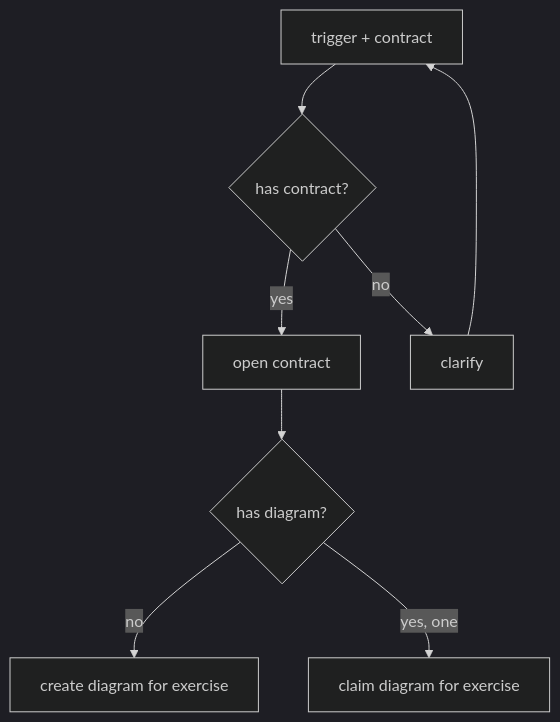
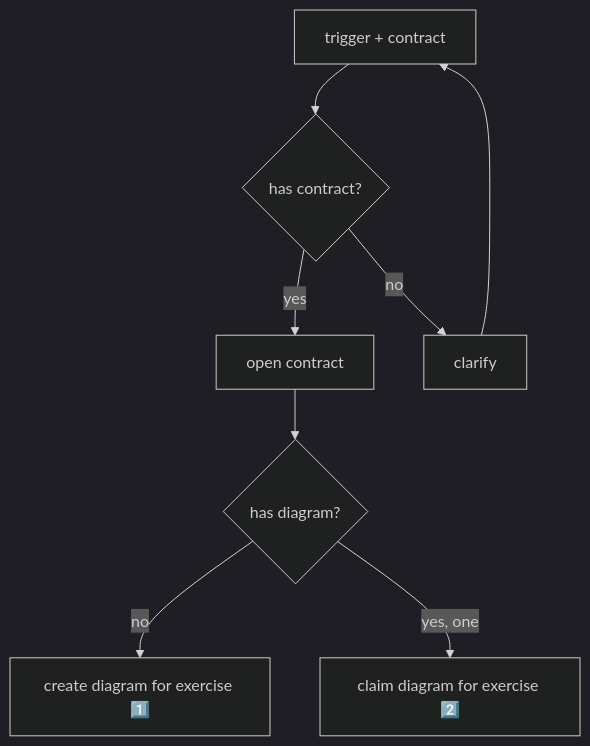
One commit to nonlinear/skills changed the diagram in contract-diagram/SKILL.md. Above: the diagram before and after it, drawn with Mermaid (dark theme). The commit also changed other lines of this file, not shown here.

Commit message:
Add emoji numbers to nodes + numbered notes section (1️⃣ create, 2️⃣ claim)

````diff
--- a/contract-diagram/SKILL.md
+++ b/contract-diagram/SKILL.md
@@ -18,19 +18,19 @@
 ```mermaid
 flowchart TD
     TRIGGER["trigger + contract"]
     CHECK_CONTRACT{"has contract?"}
     OPEN["open contract"]
     CLARIFY["clarify"]
     CHECK_DIAGRAM{"has diagram?"}
-    CREATE["create diagram for exercise"]
-    CLAIM["claim diagram for exercise"]
+    CREATE["create diagram for exercise 1️⃣"]
+    CLAIM["claim diagram for exercise 2️⃣"]
     
     TRIGGER --> CHECK_CONTRACT
     CHECK_CONTRACT -->|yes| OPEN
     CHECK_CONTRACT -->|no| CLARIFY
     CLARIFY --> TRIGGER
     
     OPEN --> CHECK_DIAGRAM
     CHECK_DIAGRAM -->|no| CREATE
     CHECK_DIAGRAM -->|yes, one| CLAIM
 ```
````
